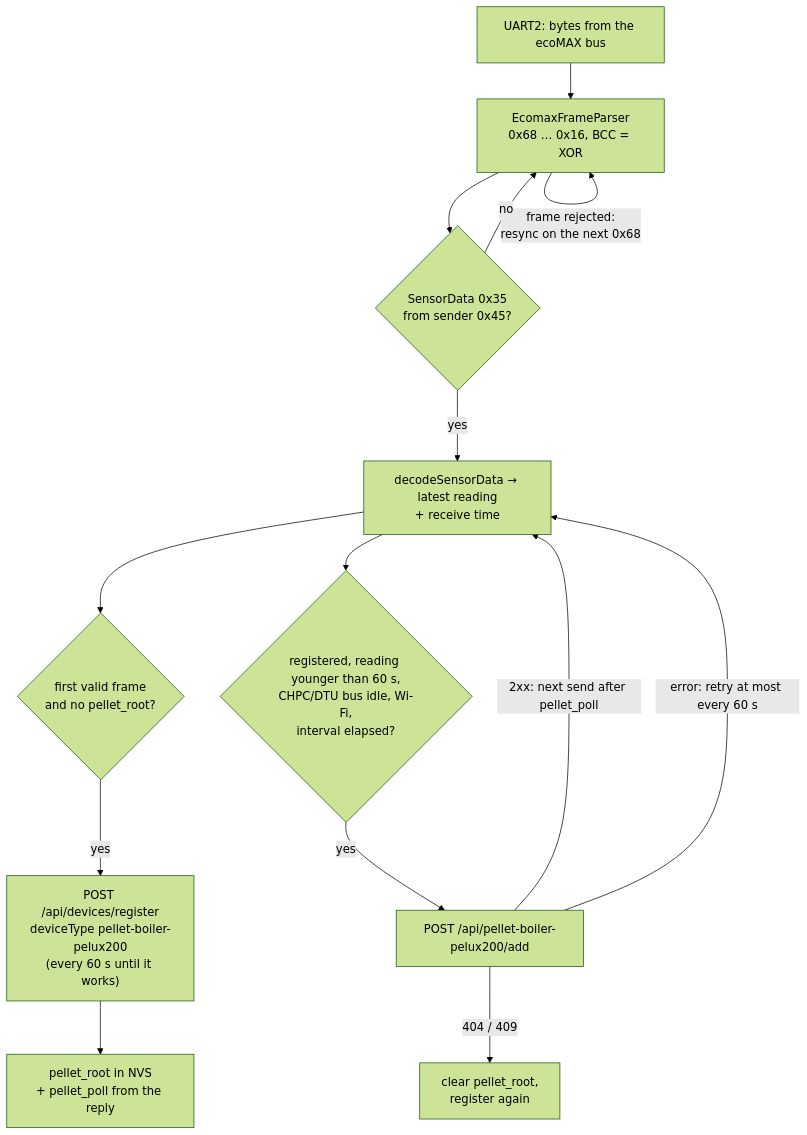
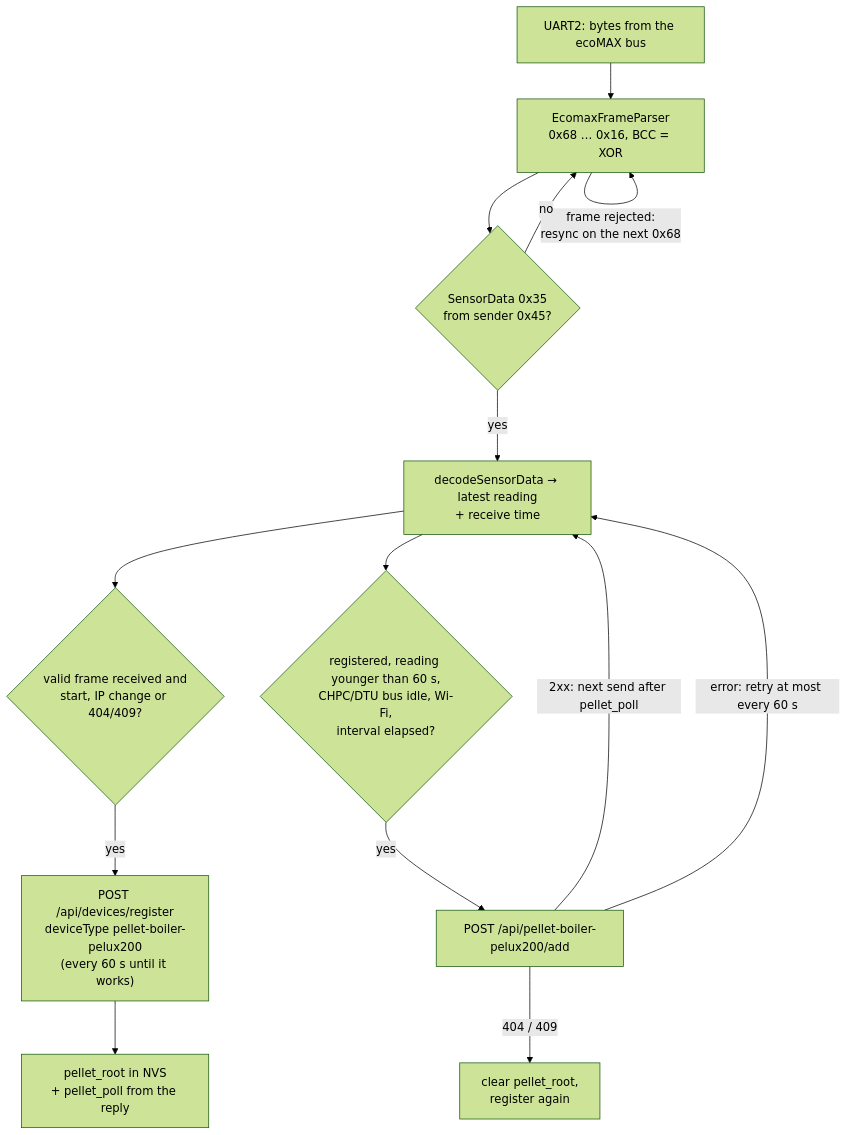
One commit to robertorlowski/chpc-web changed the fifth of 6 diagrams in devices/co/docs/en/2-how-it-works.md. Above: the diagram before and after it, drawn with Mermaid (forest theme). The commit also changed other lines of this file and 30 other files, not shown here.

````diff
--- a/devices/co/docs/en/2-how-it-works.md
+++ b/devices/co/docs/en/2-how-it-works.md
@@ -113,16 +113,16 @@
 ```mermaid
 flowchart TD
     U["UART2: bytes from the ecoMAX bus"] --> P["EcomaxFrameParser<br/>0x68 … 0x16, BCC = XOR"]
     P -- "frame rejected:<br/>resync on the next 0x68" --> P
     P --> F{"SensorData 0x35<br/>from sender 0x45?"}
     F -- no --> P
     F -- yes --> D["decodeSensorData → latest reading<br/>+ receive time"]
-    D --> R{"first valid frame<br/>and no pellet_root?"}
+    D --> R{"valid frame received and<br/>start, IP change or 404/409?"}
     R -- yes --> REG["POST /api/devices/register<br/>deviceType pellet-boiler-pelux200<br/>(every 60 s until it works)"]
     REG --> S["pellet_root in NVS<br/>+ pellet_poll from the reply"]
     D --> T{"registered, reading younger than 60 s,<br/>CHPC/DTU bus idle, Wi-Fi,<br/>interval elapsed?"}
     T -- yes --> POST["POST /api/pellet-boiler-pelux200/add"]
     POST -- "2xx: next send after pellet_poll" --> D
     POST -- "error: retry at most every 60 s" --> D
     POST -- "404 / 409" --> CL["clear pellet_root,<br/>register again"]
 ```
````
